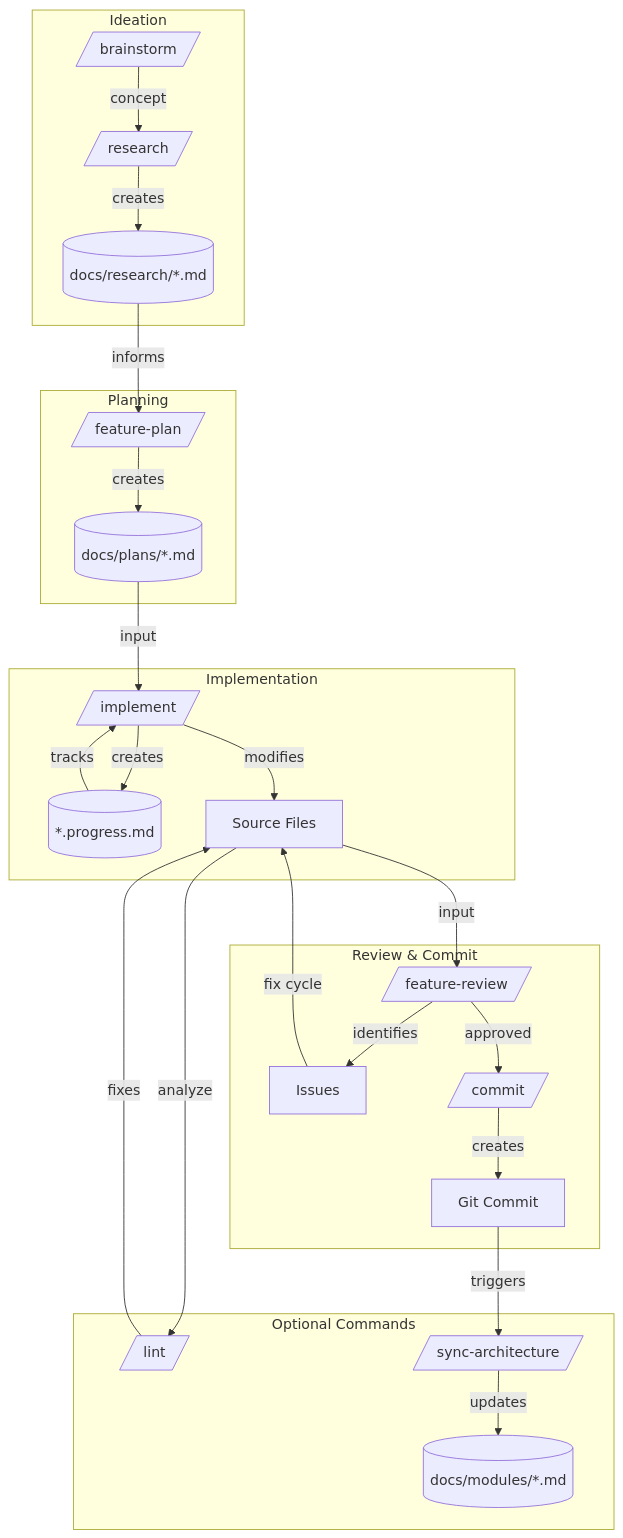
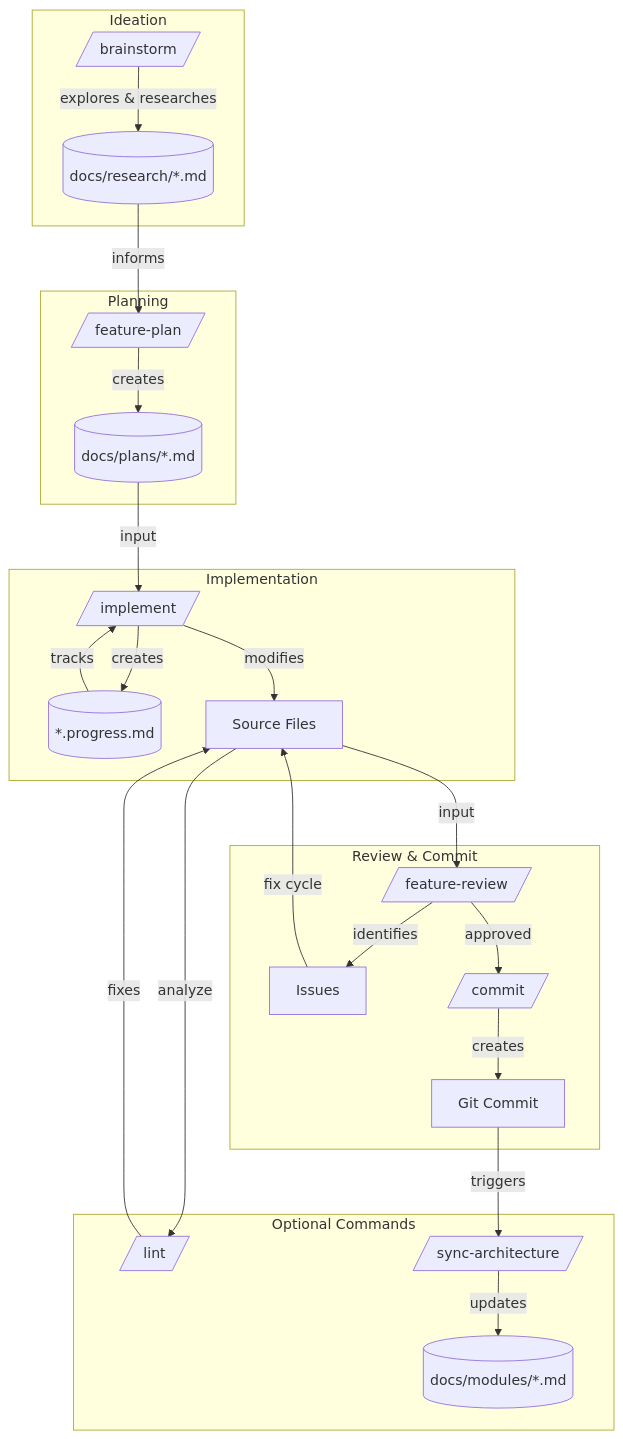
One commit to EvanLavender13/audio-jones changed the diagram in docs/workflow.md. Above: the diagram before and after it, drawn with Mermaid. The commit also changed other lines of this file and 3 other files, not shown here.

First line of the commit message:
Combine brainstorm and research skills into single flow

````diff
--- a/docs/workflow.md
+++ b/docs/workflow.md
@@ -7,40 +7,39 @@
 ```mermaid
 flowchart TD
     subgraph Ideation[Ideation]
-        BS[/brainstorm/] -->|concept| RS[/research/]
-        RS -->|creates| ResearchDoc[(docs/research/*.md)]
+        BS[/brainstorm/] -->|explores & researches| ResearchDoc[(docs/research/*.md)]
     end
 
     subgraph Plan[Planning]
         ResearchDoc -->|informs| FP[/feature-plan/]
         FP -->|creates| PlanDoc[(docs/plans/*.md)]
     end
 
     subgraph Implement[Implementation]
         PlanDoc -->|input| IMP[/implement/]
         IMP -->|creates| Progress[(*.progress.md)]
         IMP -->|modifies| Code[Source Files]
         Progress -->|tracks| IMP
     end
 
     subgraph Review[Review & Commit]
         Code -->|input| FR[/feature-review/]
         FR -->|identifies| Issues[Issues]
         Issues -->|fix cycle| Code
         FR -->|approved| COM[/commit/]
         COM -->|creates| Commit[Git Commit]
     end
 
     subgraph Optional[Optional Commands]
         Code -->|analyze| LINT[/lint/]
         LINT -->|fixes| Code
         Commit -->|triggers| SYNC[/sync-architecture/]
         SYNC -->|updates| Docs[(docs/modules/*.md)]
     end
 
 %% Legend:
 %% [/command/] slash command
 %% [(file)] document or file
 %% [name] code artifact
 %% → action (label describes relationship)
 ```
````
